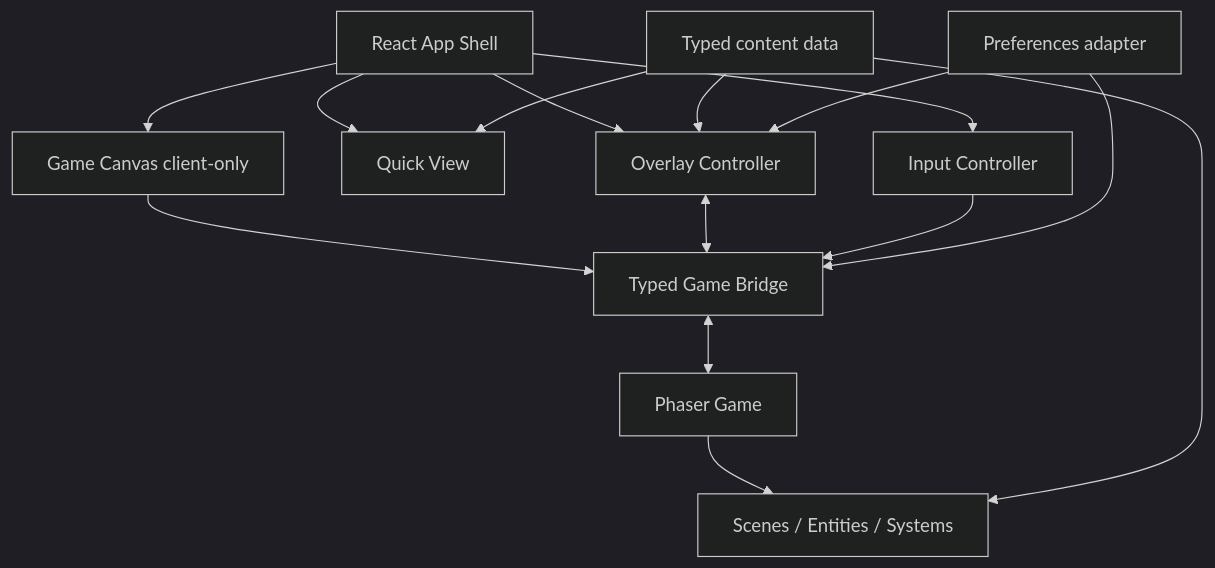
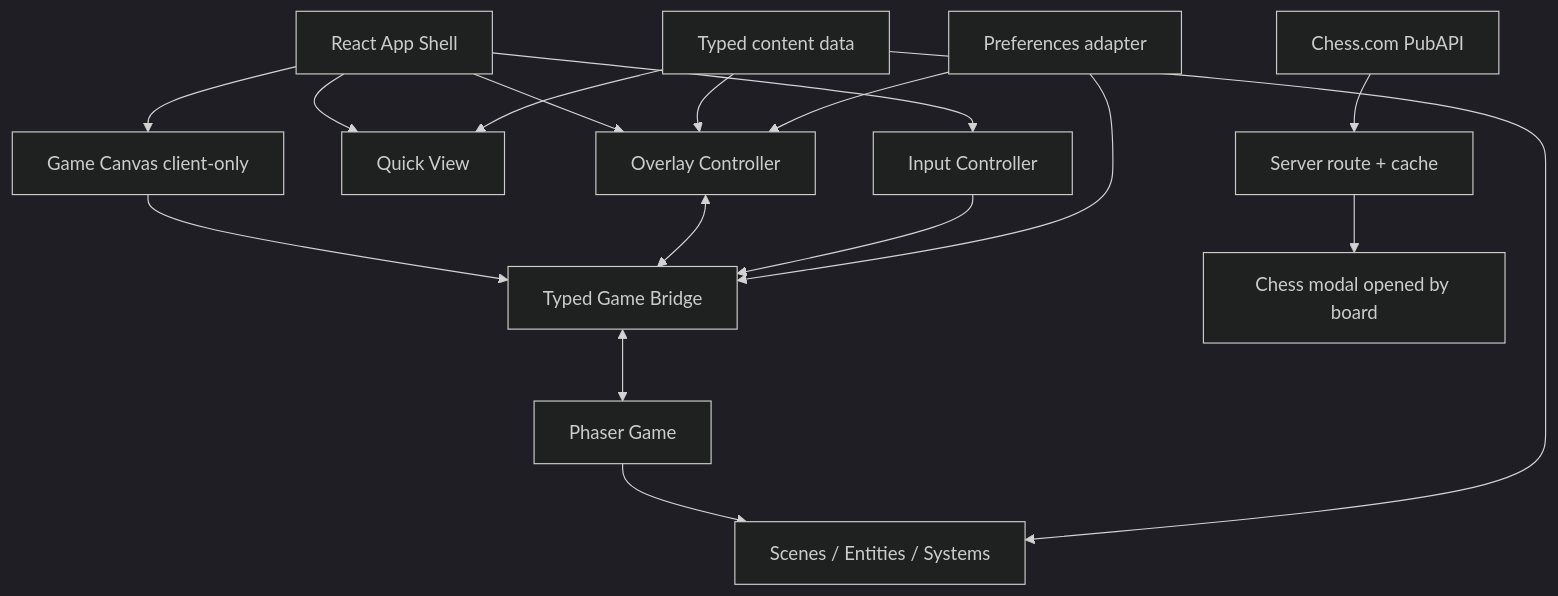
Before and after one commit to jorcolito/Portafolio: the first of 2 diagrams in docs/TECHNICAL_ARCHITECTURE.md, drawn with Mermaid (dark theme). The commit also changed other lines of this file and 45 other files, not shown here.

````diff
--- a/docs/TECHNICAL_ARCHITECTURE.md
+++ b/docs/TECHNICAL_ARCHITECTURE.md
@@ -33,17 +35,19 @@
 ```mermaid
 flowchart TB
   R["React App Shell"] --> O["Overlay Controller"]
   R --> Q["Quick View"]
   R --> I["Input Controller"]
   R --> C["Game Canvas client-only"]
   C --> B["Typed Game Bridge"]
   O <--> B
   I --> B
   B <--> P["Phaser Game"]
   P --> S["Scenes / Entities / Systems"]
   D["Typed content data"] --> O
   D --> Q
   D --> S
+  X["Chess.com PubAPI"] --> CH["Server route + cache"]
+  CH --> M["Chess modal opened by board"]
   A["Preferences adapter"] --> O
   A --> B
 ```
````
